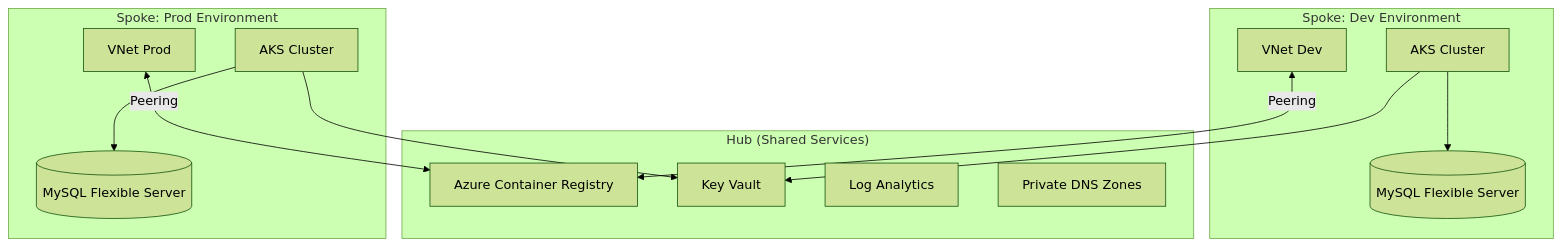
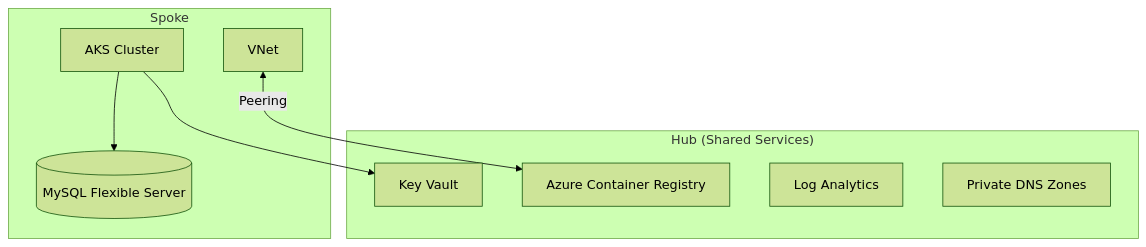
One commit to chinmaymjog/azure-wordpress-aks-infra changed the diagram in README.md. Above: the diagram before and after it, drawn with Mermaid (forest theme). The commit also changed other lines of this file and 13 other files, not shown here.

````diff
--- a/README.md
+++ b/README.md
@@ -33,28 +22,19 @@
 ```mermaid
 graph TD
     subgraph "Hub (Shared Services)"
         ACR[Azure Container Registry]
         KV[Key Vault]
         LAW[Log Analytics]
         DNS[Private DNS Zones]
     end
 
-    subgraph "Spoke: Dev Environment"
-        AKS_DEV[AKS Cluster]
-        DB_DEV[(MySQL Flexible Server)]
-        VNET_DEV[VNet Dev]
+    subgraph "Spoke"
+        AKS[AKS Cluster]
+        DB[(MySQL Flexible Server)]
+        VNET[VNet]
     end
 
-    subgraph "Spoke: Prod Environment"
-        AKS_PROD[AKS Cluster]
-        DB_PROD[(MySQL Flexible Server)]
-        VNET_PROD[VNet Prod]
-    end
-
-    VNET_DEV <-->|Peering| ACR
-    VNET_PROD <-->|Peering| ACR
-    AKS_DEV --> KV
-    AKS_PROD --> KV
-    AKS_DEV --> DB_DEV
-    AKS_PROD --> DB_PROD
+    VNET <-->|Peering| ACR
+    AKS --> KV
+    AKS --> DB
 ```
````
